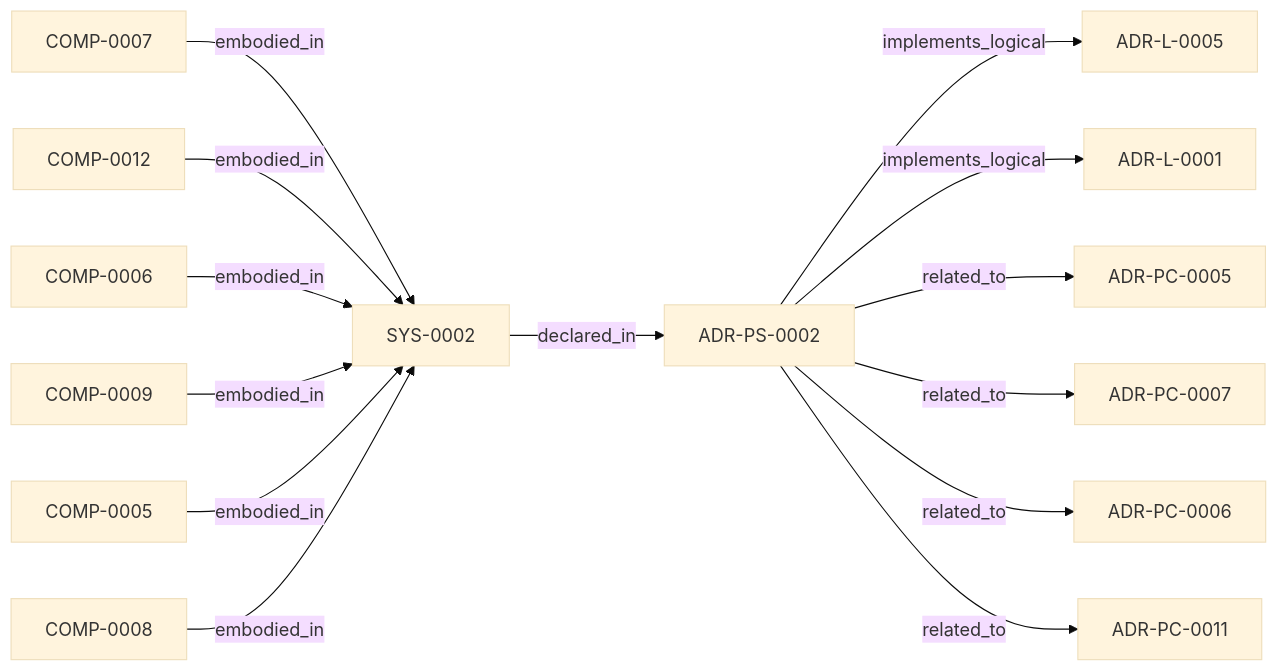
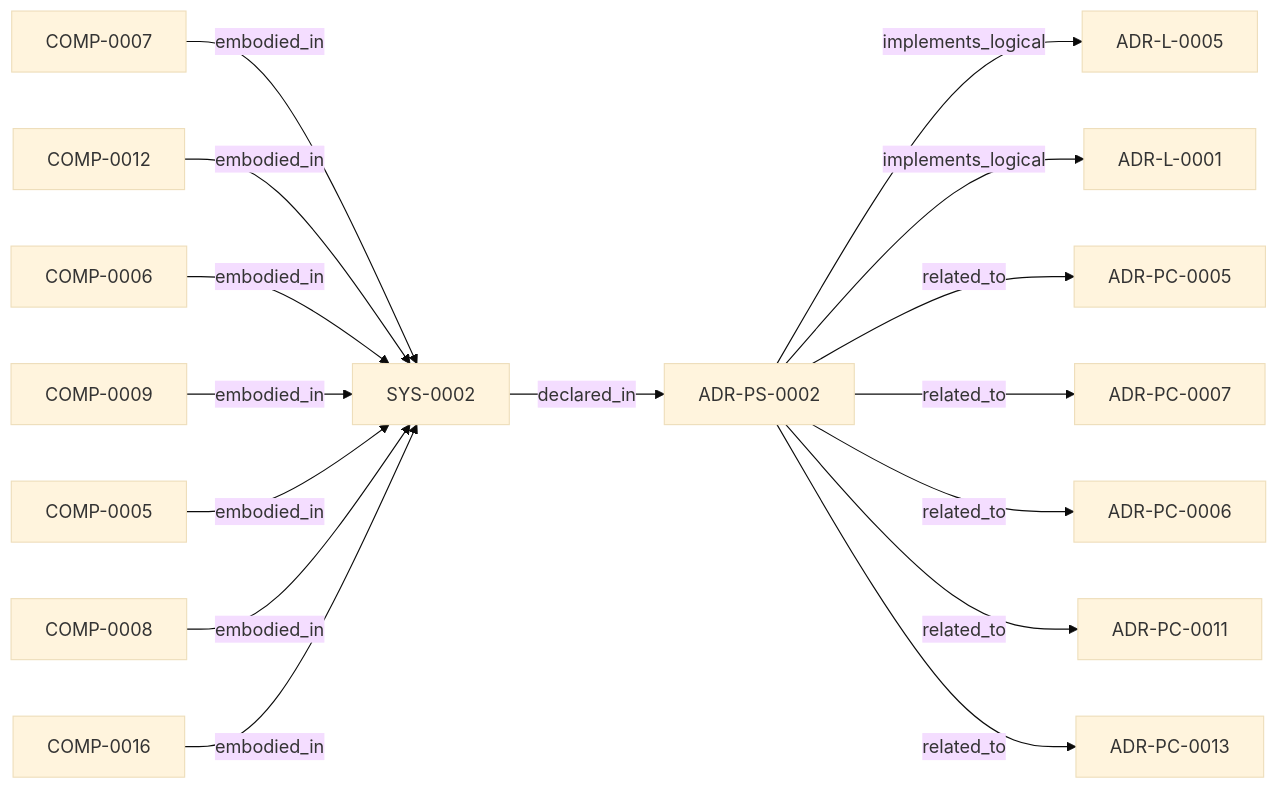
The diagram in adrs/adr-projection/physical-system/ADR-PS-0002-semantic-extraction-subsystem.md (egallmann/ste-runtime), drawn with Mermaid (base theme) before and after one commit. The commit also changed other lines of this file and 57 other files, not shown here.

````diff
--- a/adrs/adr-projection/physical-system/ADR-PS-0002-semantic-extraction-subsystem.md
+++ b/adrs/adr-projection/physical-system/ADR-PS-0002-semantic-extraction-subsystem.md
@@ -52,30 +52,34 @@
 ```mermaid
 flowchart LR
   n_019ff84e_4ece_737a_a23f_3f243e6fafda["ADR-L-0005"]
   n_019ff84e_4ece_791b_822f_21f537c95340["ADR-L-0001"]
   n_019ff84e_4ecf_7117_853b_c869ac6d7ba6["ADR-PC-0005"]
   n_019ff84e_4ecf_721a_b936_e1b98d068ec7["ADR-PC-0007"]
   n_019ff84e_4ecf_73de_b63f_92e5a829225d["COMP-0007"]
   n_019ff84e_4ecf_73e1_8c0f_19a06db3004b["ADR-PC-0006"]
   n_019ff84e_4ecf_7422_913f_540519905503["COMP-0012"]
   n_019ff84e_4ecf_745c_9a2f_9fef67bdbe8d["COMP-0006"]
   n_019ff84e_4ecf_7568_9a2b_9ca73464cb45["COMP-0009"]
   n_019ff84e_4ecf_774e_b239_5c80be840bd0["COMP-0005"]
   n_019ff84e_4ecf_7972_bf39_c81c4a74ae65["COMP-0008"]
   n_019ff84e_4ecf_7a82_ae3a_121886af1b51["ADR-PC-0011"]
   n_019ff84e_4ed0_73d5_aa3f_dfbfd18b339c["ADR-PS-0002"]
   n_019ff84e_4ed0_767d_a90d_e98e673532cc["SYS-0002"]
+  n_019ff84e_4ed0_79a5_af08_91e55be4f49e["COMP-0016"]
+  n_019ff876_6daf_773a_b017_7d967b7a7add["ADR-PC-0013"]
   n_019ff84e_4ed0_767d_a90d_e98e673532cc -->|"declared_in"| n_019ff84e_4ed0_73d5_aa3f_dfbfd18b339c
   n_019ff84e_4ecf_73de_b63f_92e5a829225d -->|"embodied_in"| n_019ff84e_4ed0_767d_a90d_e98e673532cc
   n_019ff84e_4ecf_7422_913f_540519905503 -->|"embodied_in"| n_019ff84e_4ed0_767d_a90d_e98e673532cc
   n_019ff84e_4ecf_745c_9a2f_9fef67bdbe8d -->|"embodied_in"| n_019ff84e_4ed0_767d_a90d_e98e673532cc
   n_019ff84e_4ecf_7568_9a2b_9ca73464cb45 -->|"embodied_in"| n_019ff84e_4ed0_767d_a90d_e98e673532cc
   n_019ff84e_4ecf_774e_b239_5c80be840bd0 -->|"embodied_in"| n_019ff84e_4ed0_767d_a90d_e98e673532cc
   n_019ff84e_4ecf_7972_bf39_c81c4a74ae65 -->|"embodied_in"| n_019ff84e_4ed0_767d_a90d_e98e673532cc
+  n_019ff84e_4ed0_79a5_af08_91e55be4f49e -->|"embodied_in"| n_019ff84e_4ed0_767d_a90d_e98e673532cc
   n_019ff84e_4ed0_73d5_aa3f_dfbfd18b339c -->|"implements_logical"| n_019ff84e_4ece_737a_a23f_3f243e6fafda
   n_019ff84e_4ed0_73d5_aa3f_dfbfd18b339c -->|"implements_logical"| n_019ff84e_4ece_791b_822f_21f537c95340
   n_019ff84e_4ed0_73d5_aa3f_dfbfd18b339c -->|"related_to"| n_019ff84e_4ecf_7117_853b_c869ac6d7ba6
   n_019ff84e_4ed0_73d5_aa3f_dfbfd18b339c -->|"related_to"| n_019ff84e_4ecf_721a_b936_e1b98d068ec7
   n_019ff84e_4ed0_73d5_aa3f_dfbfd18b339c -->|"related_to"| n_019ff84e_4ecf_73e1_8c0f_19a06db3004b
   n_019ff84e_4ed0_73d5_aa3f_dfbfd18b339c -->|"related_to"| n_019ff84e_4ecf_7a82_ae3a_121886af1b51
+  n_019ff84e_4ed0_73d5_aa3f_dfbfd18b339c -->|"related_to"| n_019ff876_6daf_773a_b017_7d967b7a7add
 ```
````
